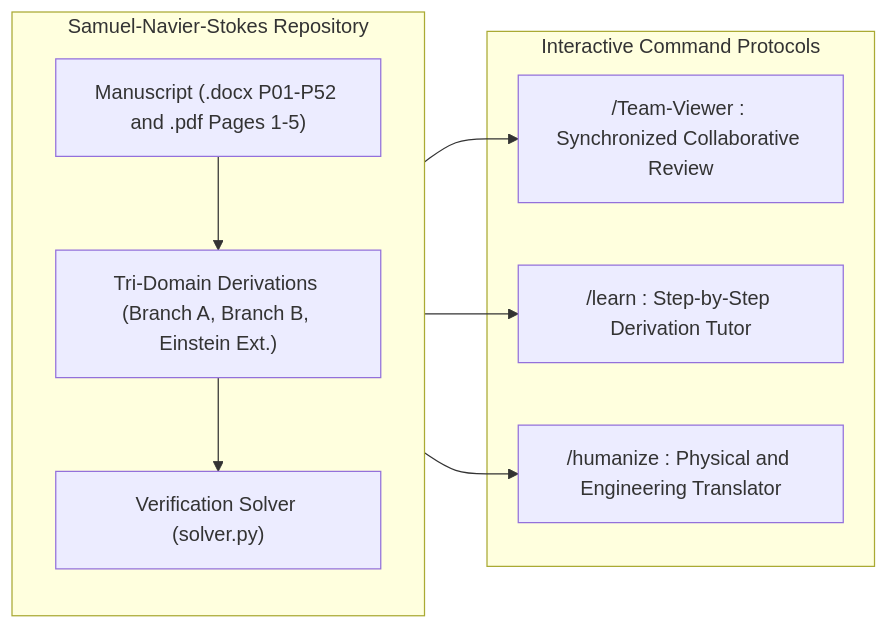
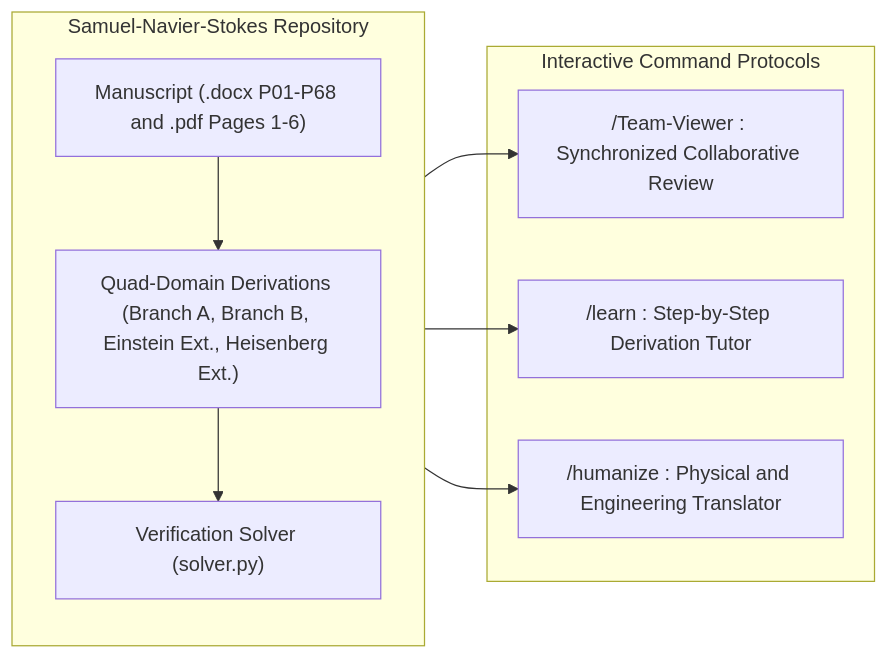
Before and after one commit to SamuelPurba/Samuel-Navier-Stocks-Equation-Solution: the second of 3 diagrams in README.md, drawn with Mermaid. The commit also changed other lines of this file and 5 other files, not shown here.

````diff
--- a/README.md
+++ b/README.md
@@ -590,20 +705,20 @@
 ```mermaid
 flowchart LR
     subgraph Repo["Samuel-Navier-Stokes Repository"]
-        M1["Manuscript (.docx P01-P52 and .pdf Pages 1-5)"]
-        M2["Tri-Domain Derivations (Branch A, Branch B, Einstein Ext.)"]
+        M1["Manuscript (.docx P01-P68 and .pdf Pages 1-6)"]
+        M2["Quad-Domain Derivations (Branch A, Branch B, Einstein Ext., Heisenberg Ext.)"]
         M3["Verification Solver (solver.py)"]
         M1 --> M2
         M2 --> M3
     end
 
     subgraph Commands["Interactive Command Protocols"]
         C1["/Team-Viewer : Synchronized Collaborative Review"]
         C2["/learn : Step-by-Step Derivation Tutor"]
         C3["/humanize : Physical and Engineering Translator"]
     end
 
     Repo --> C1
     Repo --> C2
     Repo --> C3
 ```
````
